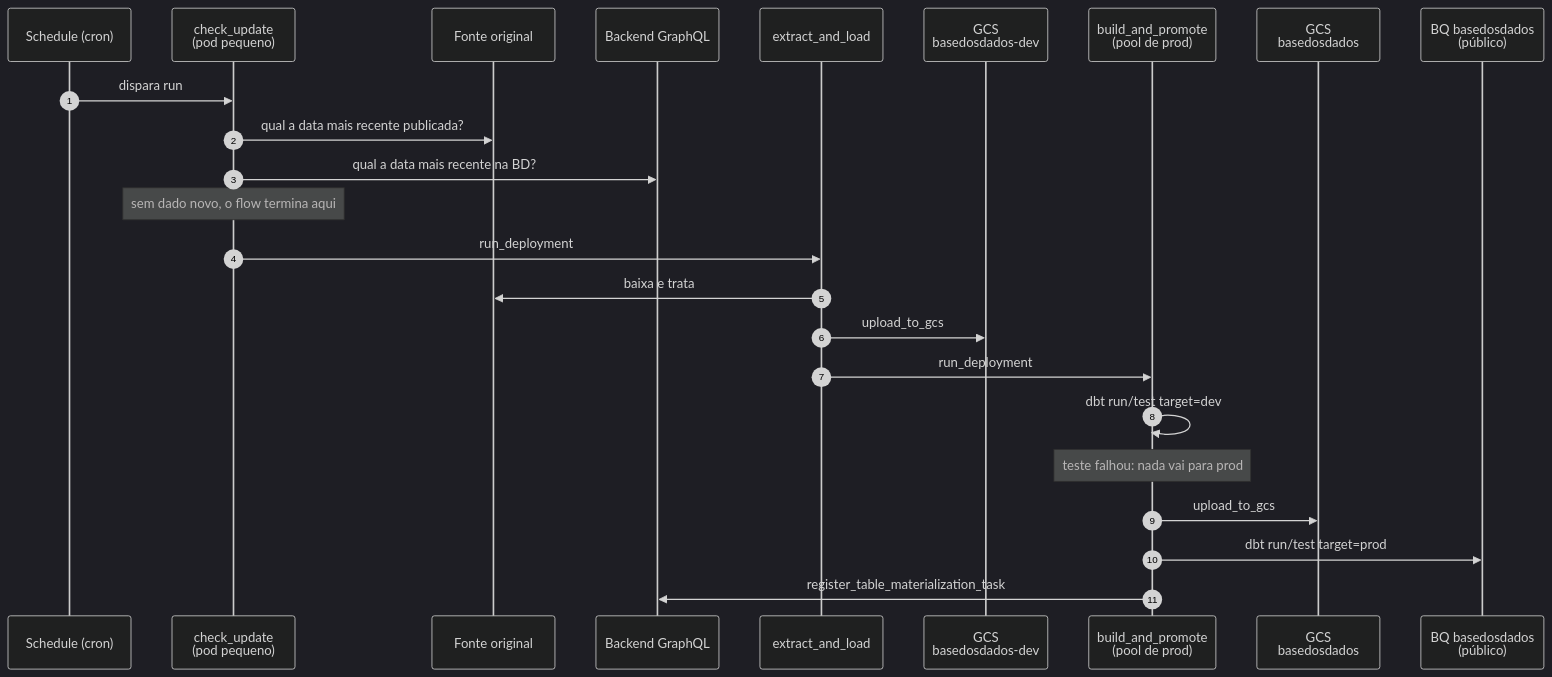
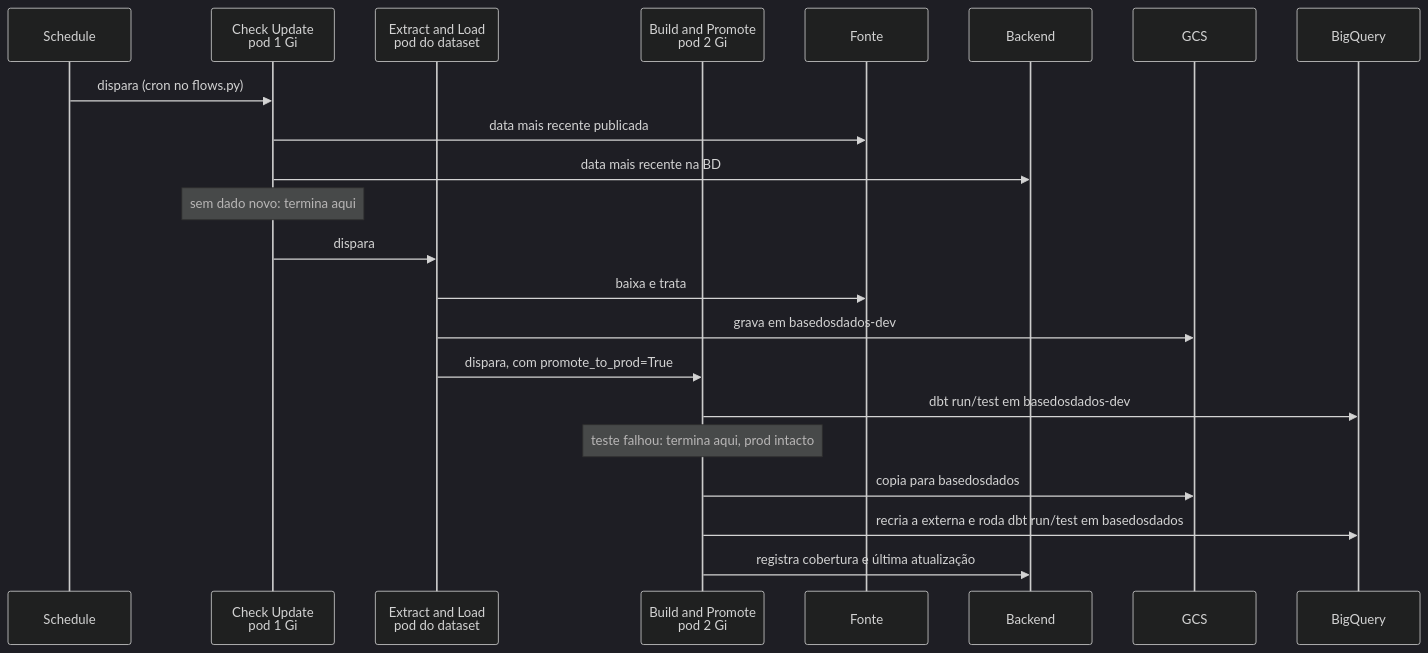
Before and after one commit to basedosdados/manual-equipe-dados: the second of 4 diagrams in docs/onboarding/fluxo-de-dados-e-infraestrutura.md, drawn with Mermaid (dark theme). The commit also changed other lines of this file and 3 other files, not shown here.

````diff
--- a/docs/onboarding/fluxo-de-dados-e-infraestrutura.md
+++ b/docs/onboarding/fluxo-de-dados-e-infraestrutura.md
@@ -77,27 +71,24 @@
 ```mermaid
 sequenceDiagram
-    autonumber
-    participant SCH as Schedule (cron)
-    participant CU as check_update<br/>(pod pequeno)
-    participant SRC as Fonte original
-    participant API as Backend GraphQL
-    participant EL as extract_and_load
-    participant GDEV as GCS<br/>basedosdados-dev
-    participant BP as build_and_promote<br/>(pool de prod)
-    participant GPRD as GCS<br/>basedosdados
-    participant BQP as BQ basedosdados<br/>(público)
-
-    SCH->>CU: dispara run
-    CU->>SRC: qual a data mais recente publicada?
-    CU->>API: qual a data mais recente na BD?
-    Note over CU: sem dado novo, o flow termina aqui
-    CU->>EL: run_deployment
+    participant CRON as Schedule
+    participant CU as Check Update<br/>pod 1 Gi
+    participant EL as Extract and Load<br/>pod do dataset
+    participant BP as Build and Promote<br/>pod 2 Gi
+    participant SRC as Fonte
+    participant BE as Backend
+    participant GCS as GCS
+    participant BQ as BigQuery
+    CRON->>CU: dispara (cron no flows.py)
+    CU->>SRC: data mais recente publicada
+    CU->>BE: data mais recente na BD
+    Note over CU: sem dado novo: termina aqui
+    CU->>EL: dispara
     EL->>SRC: baixa e trata
-    EL->>GDEV: upload_to_gcs
-    EL->>BP: run_deployment
-    BP->>BP: dbt run/test target=dev
-    Note over BP: teste falhou: nada vai para prod
-    BP->>GPRD: upload_to_gcs
-    BP->>BQP: dbt run/test target=prod
-    BP->>API: register_table_materialization_task
+    EL->>GCS: grava em basedosdados-dev
+    EL->>BP: dispara, com promote_to_prod=True
+    BP->>BQ: dbt run/test em basedosdados-dev
+    Note over BP: teste falhou: termina aqui, prod intacto
+    BP->>GCS: copia para basedosdados
+    BP->>BQ: recria a externa e roda dbt run/test em basedosdados
+    BP->>BE: registra cobertura e última atualização
 ```
````
